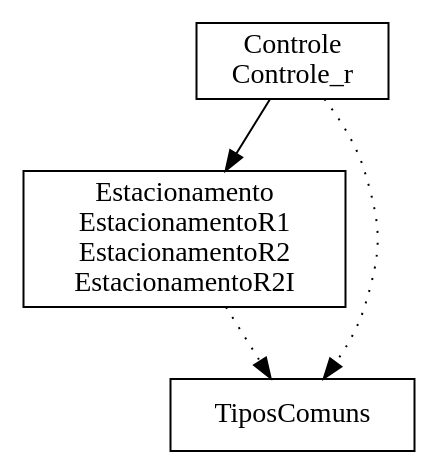
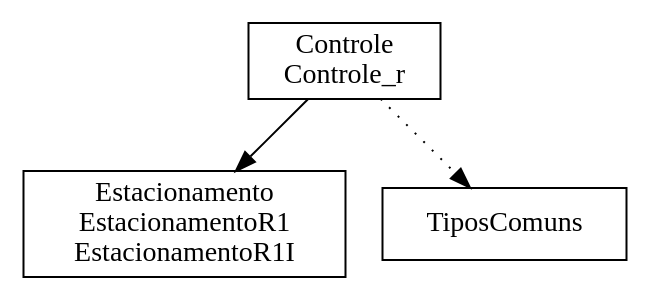
The diagram in Estacionamento/bdp/Estacionamento.dot (ciromdrs/mch_estacionamento), drawn with Graphviz before and after one commit. The commit also changed 88 other files, not shown here.

```diff
--- a/Estacionamento/bdp/Estacionamento.dot
+++ b/Estacionamento/bdp/Estacionamento.dot
@@ -1,9 +1,8 @@
 digraph {
 Controle_r [ label=" Controle\nControle_r " shape= box ]
-EstacionamentoR2I [ label=" Estacionamento\nEstacionamentoR1\nEstacionamentoR2\nEstacionamentoR2I " shape= box ]
+EstacionamentoR1I [ label=" Estacionamento\nEstacionamentoR1\nEstacionamentoR1I " shape= box ]
 TiposComuns [ label=" TiposComuns " shape= box ]
 
 "Controle_r" -> "TiposComuns" [style= dotted ]
-"Controle_r" -> "EstacionamentoR2I" []
-"EstacionamentoR2I" -> "TiposComuns" [style= dotted ]
+"Controle_r" -> "EstacionamentoR1I" []
 }
```
